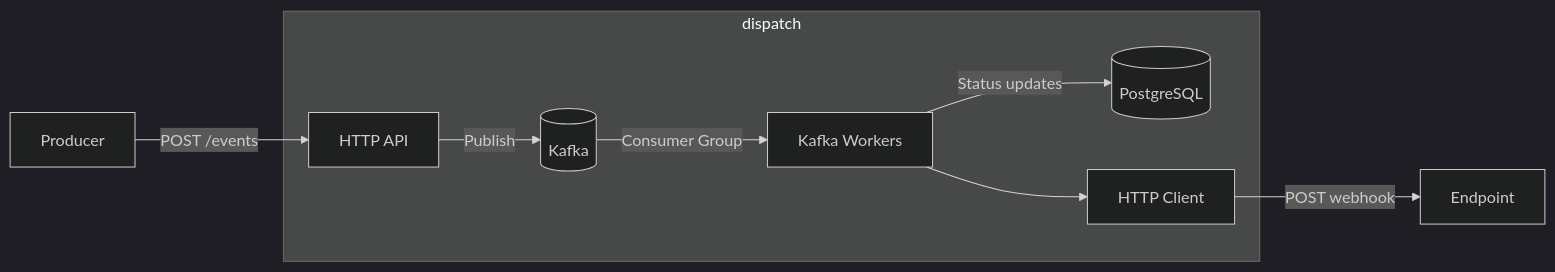
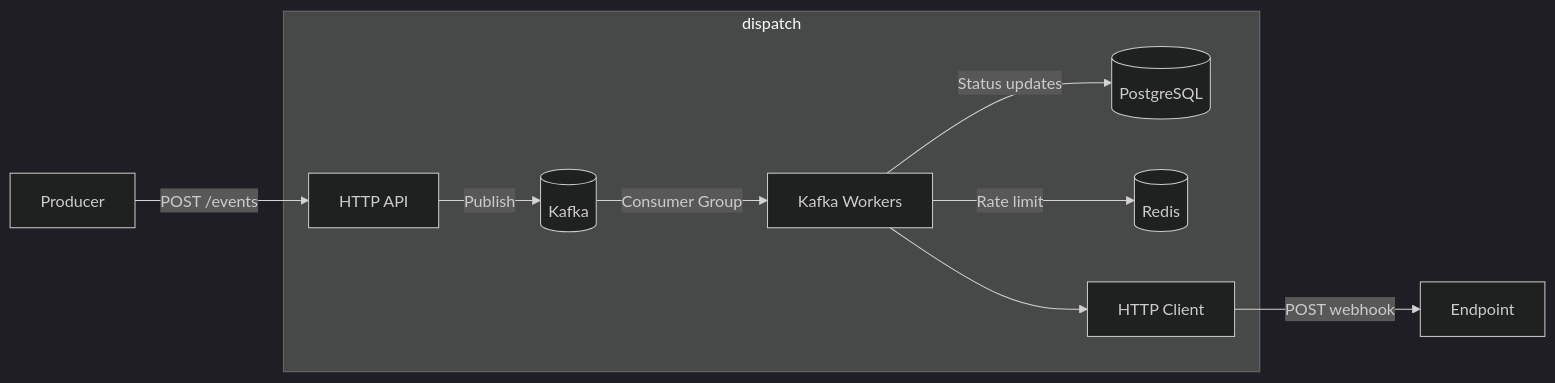
One commit to felipepmaragno/webhook-service changed the first of 2 diagrams in README.md. Above: the diagram before and after it, drawn with Mermaid (dark theme). The commit also changed other lines of this file and 34 other files, not shown here.

Commit message:
feat(resilience): restore redis max delivery rate

````diff
--- a/README.md
+++ b/README.md
@@ -222,17 +223,19 @@
 ```mermaid
 flowchart LR
     subgraph dispatch
         API[HTTP API]
         Kafka[(Kafka)]
         Workers[Kafka Workers]
         DB[(PostgreSQL)]
+        Redis[(Redis)]
         Client[HTTP Client]
     end
 
     Producer -->|POST /events| API
     API -->|Publish| Kafka
     Kafka -->|Consumer Group| Workers
+    Workers -->|Rate limit| Redis
     Workers --> Client
     Client -->|POST webhook| Endpoint
     Workers -->|Status updates| DB
 ```
````
